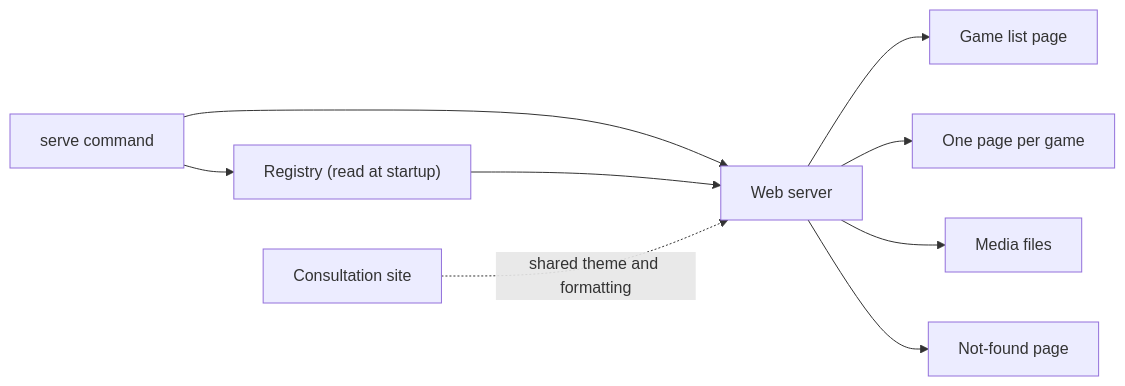
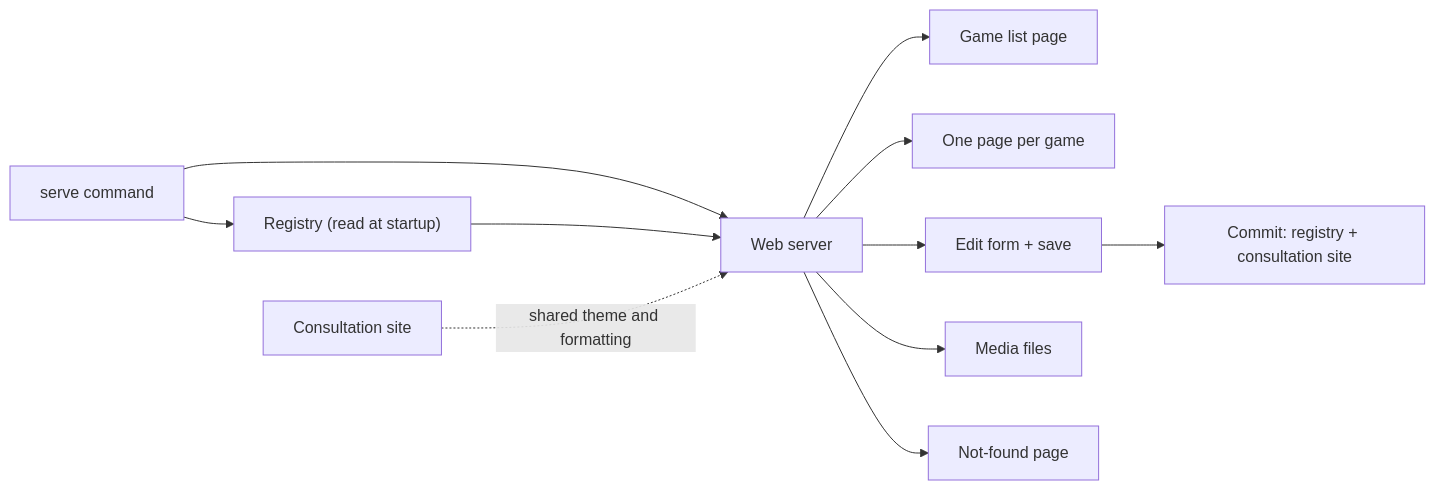
One commit to neolao/batocera-scrap-manager changed the diagram in docs/architecture.md. Above: the diagram before and after it, drawn with Mermaid. The commit also changed other lines of this file and 30 other files, not shown here.

````diff
--- a/docs/architecture.md
+++ b/docs/architecture.md
@@ -53,11 +56,13 @@
 ```mermaid
 flowchart LR
   CLI["serve command"] --> REG["Registry (read at startup)"]
   CLI --> SRV["Web server"]
   REG --> SRV
   SRV --> LIST["Game list page"]
   SRV --> GAME["One page per game"]
+  SRV --> EDIT["Edit form + save"]
   SRV --> MEDIA["Media files"]
   SRV --> NF["Not-found page"]
+  EDIT --> COMMIT["Commit: registry + consultation site"]
   SITE["Consultation site"] -. shared theme and formatting .-> SRV
 ```
````
